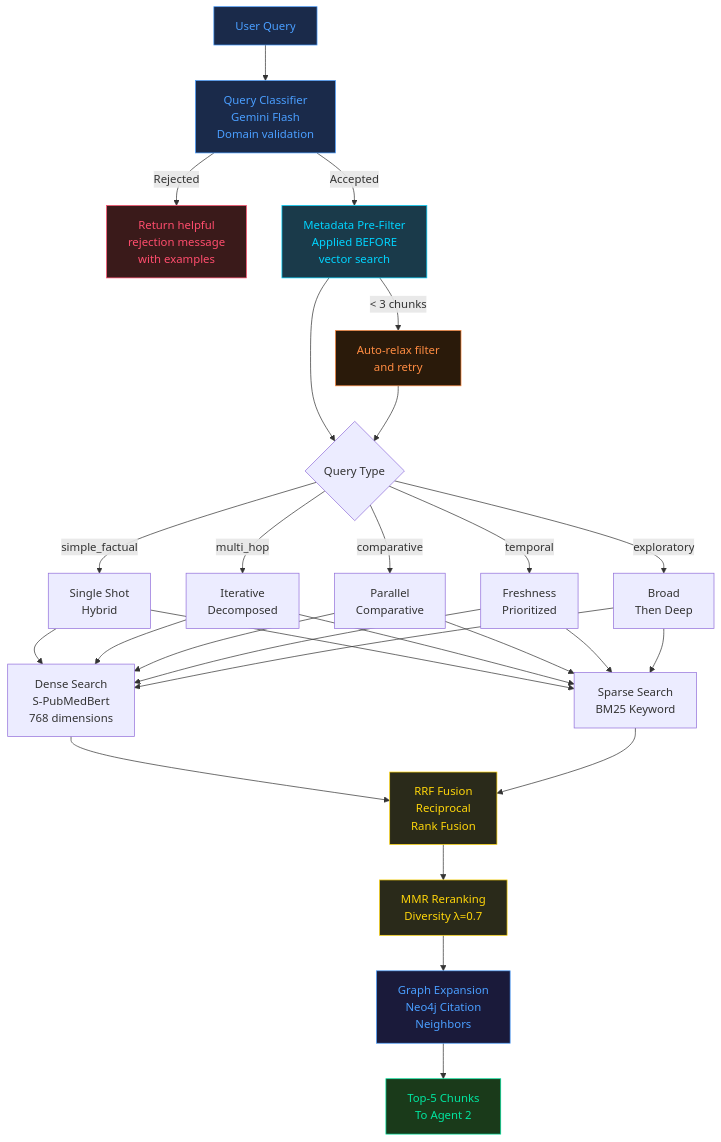
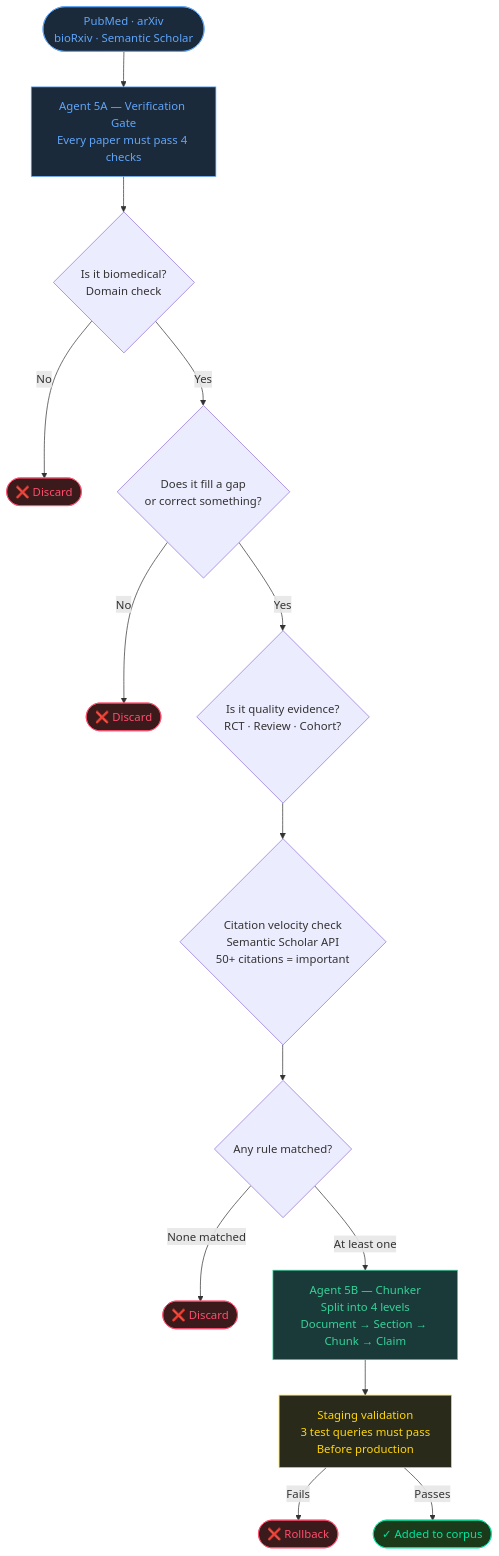
Before and after one commit to pavan939111/SelfLearning_Rag: the sixth of 7 diagrams in README.md, drawn with Mermaid. The commit also changed other lines of this file and 5 other files, not shown here.

````diff
--- a/README.md
+++ b/README.md
@@ -183,36 +210,39 @@
 ```mermaid
 flowchart TD
-    Q[User Query] --> QC[Query Classifier\nGemini Flash\nDomain validation]
-    
-    QC -->|Rejected| REJ[Return helpful\nrejection message\nwith examples]
-    QC -->|Accepted| MPF[Metadata Pre-Filter\nApplied BEFORE\nvector search]
-    
-    MPF --> STRAT{Query Type}
-    
-    STRAT -->|simple_factual| S1[Single Shot\nHybrid]
-    STRAT -->|multi_hop| S2[Iterative\nDecomposed]
-    STRAT -->|comparative| S3[Parallel\nComparative]
-    STRAT -->|temporal| S4[Freshness\nPrioritized]
-    STRAT -->|exploratory| S5[Broad\nThen Deep]
-    
-    S1 & S2 & S3 & S4 & S5 --> DENSE[Dense Search\nS-PubMedBert\n768 dimensions]
-    S1 & S2 & S3 & S4 & S5 --> SPARSE[Sparse Search\nBM25 Keyword]
-    
-    DENSE & SPARSE --> RRF[RRF Fusion\nReciprocal\nRank Fusion]
-    RRF --> MMR[MMR Reranking\nDiversity λ=0.7]
-    MMR --> GE[Graph Expansion\nNeo4j Citation\nNeighbors]
-    GE --> TOP5[Top-5 Chunks\nTo Agent 2]
-    
-    MPF -->|< 3 chunks| RELAX[Auto-relax filter\nand retry]
-    RELAX --> STRAT
+    SOURCES(["PubMed · arXiv\nbioRxiv · Semantic Scholar"])
+    SOURCES --> GATE
 
-    style Q fill:#1a2a4a,stroke:#4a9eff,color:#4a9eff
-    style QC fill:#1a2a4a,stroke:#4a9eff,color:#4a9eff
-    style REJ fill:#3a1a1a,stroke:#ff4d6d,color:#ff4d6d
-    style MPF fill:#1a3a4a,stroke:#00d4ff,color:#00d4ff
-    style RRF fill:#2a2a1a,stroke:#ffd60a,color:#ffd60a
-    style MMR fill:#2a2a1a,stroke:#ffd60a,color:#ffd60a
-    style GE fill:#1a1a3a,stroke:#4a9eff,color:#4a9eff
-    style TOP5 fill:#1a3a1a,stroke:#00e5a0,color:#00e5a0
-    style RELAX fill:#2a1a0a,stroke:#ff8c42,color:#ff8c42
+    GATE["Agent 5A — Verification Gate\nEvery paper must pass 4 checks"]
+
+    GATE --> R1{"Is it biomedical?\nDomain check"}
+    R1 -->|No| DISCARD1(["❌ Discard"])
+    R1 -->|Yes| R2
+
+    R2{"Does it fill a gap\nor correct something?"}
+    R2 -->|No| DISCARD2(["❌ Discard"])
+    R2 -->|Yes| R3
+
+    R3{"Is it quality evidence?\nRCT · Review · Cohort?"}
+    R3 --> R4
+
+    R4{"Citation velocity check\nSemantic Scholar API\n50+ citations = important"}
+
+    R4 --> RULE{"Any rule matched?"}
+    RULE -->|None matched| DISCARD3(["❌ Discard"])
+    RULE -->|At least one| CHUNK
+
+    CHUNK["Agent 5B — Chunker\nSplit into 4 levels\nDocument → Section → Chunk → Claim"]
+    CHUNK --> STAGE["Staging validation\n3 test queries must pass\nBefore production"]
+    STAGE -->|Fails| ROLLBACK(["❌ Rollback"])
+    STAGE -->|Passes| LIVE(["✓ Added to corpus"])
+
+    style SOURCES fill:#1a2a3a,stroke:#60a5fa,color:#60a5fa
+    style GATE fill:#1a2a3a,stroke:#60a5fa,color:#60a5fa
+    style DISCARD1 fill:#3a1a1a,stroke:#ff4d6d,color:#ff4d6d
+    style DISCARD2 fill:#3a1a1a,stroke:#ff4d6d,color:#ff4d6d
+    style DISCARD3 fill:#3a1a1a,stroke:#ff4d6d,color:#ff4d6d
+    style ROLLBACK fill:#3a1a1a,stroke:#ff4d6d,color:#ff4d6d
+    style CHUNK fill:#1a3a3a,stroke:#34d399,color:#34d399
+    style STAGE fill:#2a2a1a,stroke:#ffd60a,color:#ffd60a
+    style LIVE fill:#1a3a1a,stroke:#00e5a0,color:#00e5a0
 ```
````
